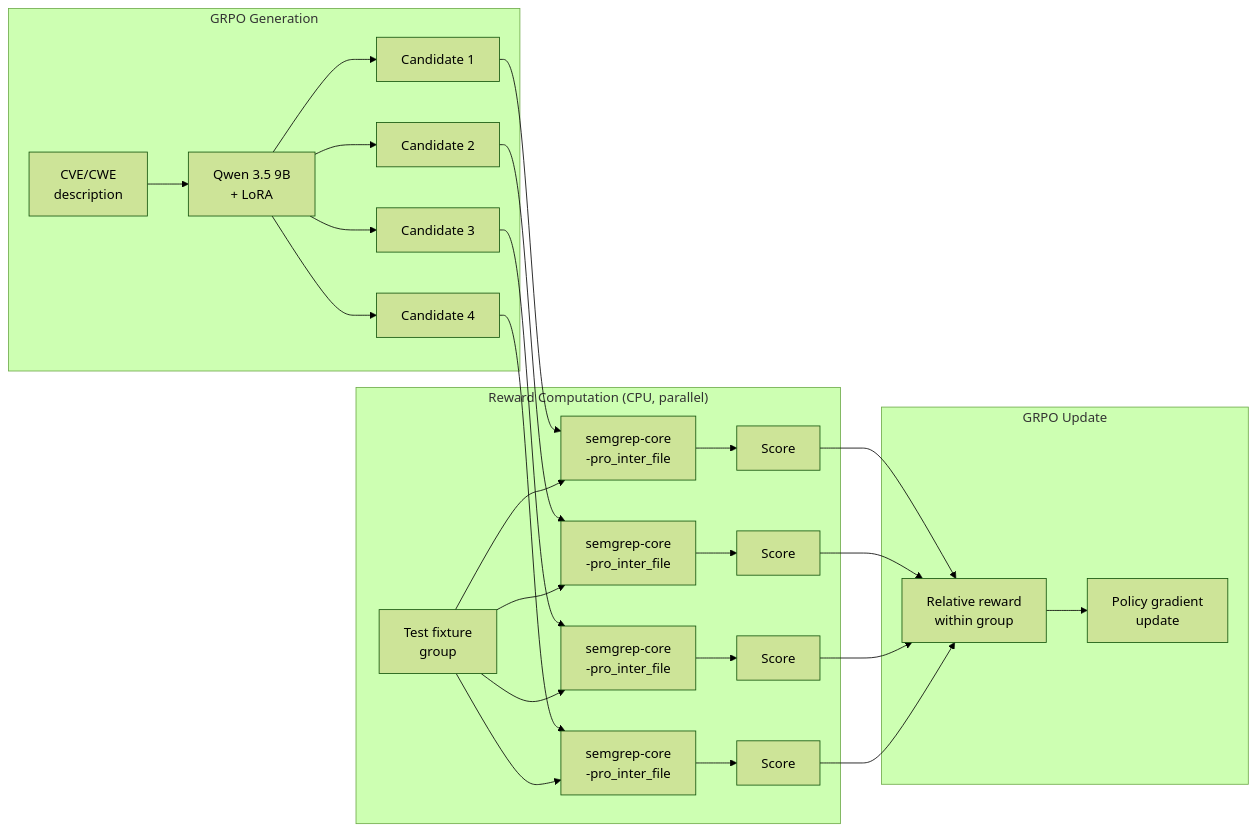
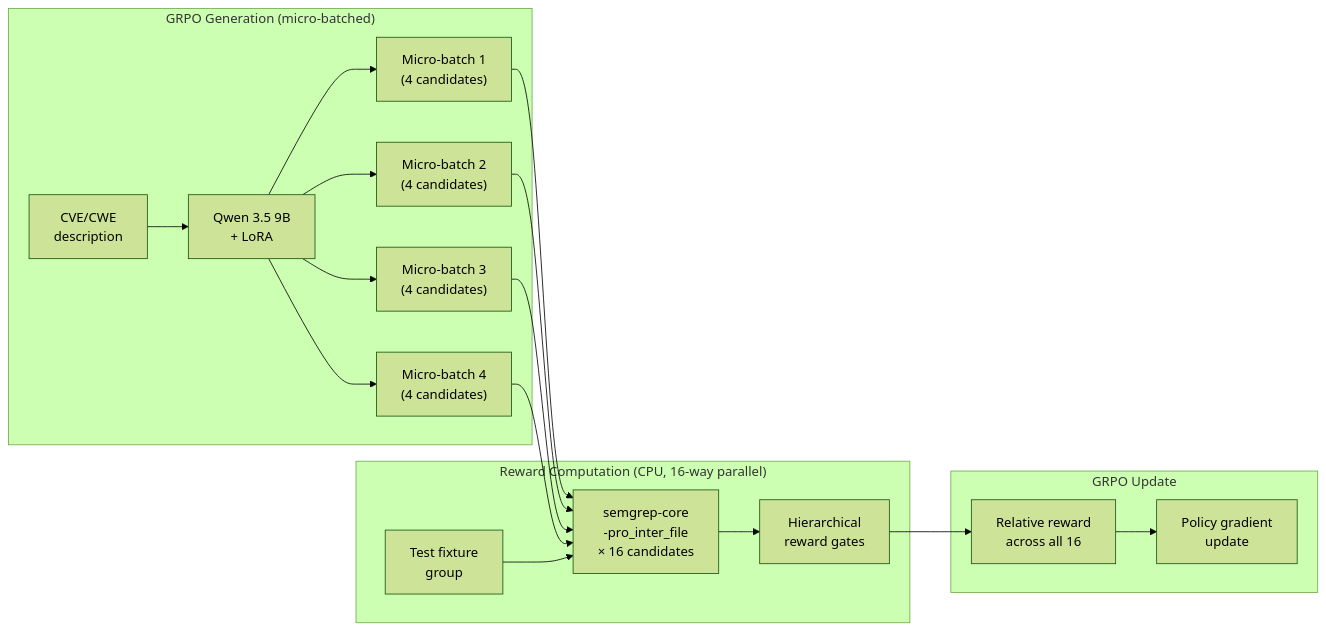
One commit to jomcgi/homelab changed the second of 2 diagrams in docs/decisions/security/002-semgrep-rule-generation-rl.md. Above: the diagram before and after it, drawn with Mermaid (forest theme). The commit also changed other lines of this file, not shown here.

````diff
--- a/docs/decisions/security/002-semgrep-rule-generation-rl.md
+++ b/docs/decisions/security/002-semgrep-rule-generation-rl.md
@@ -261,29 +261,21 @@
 ```mermaid
 graph LR
-    subgraph "GRPO Generation"
+    subgraph "GRPO Generation (micro-batched)"
         PROMPT["CVE/CWE<br/>description"] --> MODEL["Qwen 3.5 9B<br/>+ LoRA"]
-        MODEL --> C1["Candidate 1"]
-        MODEL --> C2["Candidate 2"]
-        MODEL --> C3["Candidate 3"]
-        MODEL --> C4["Candidate 4"]
+        MODEL --> MB1["Micro-batch 1<br/>(4 candidates)"]
+        MODEL --> MB2["Micro-batch 2<br/>(4 candidates)"]
+        MODEL --> MB3["Micro-batch 3<br/>(4 candidates)"]
+        MODEL --> MB4["Micro-batch 4<br/>(4 candidates)"]
     end
 
-    subgraph "Reward Computation (CPU, parallel)"
-        C1 --> E1["semgrep-core<br/>-pro_inter_file"]
-        C2 --> E2["semgrep-core<br/>-pro_inter_file"]
-        C3 --> E3["semgrep-core<br/>-pro_inter_file"]
-        C4 --> E4["semgrep-core<br/>-pro_inter_file"]
-
-        FIXTURES["Test fixture<br/>group"] --> E1 & E2 & E3 & E4
-
-        E1 --> S1["Score"]
-        E2 --> S2["Score"]
-        E3 --> S3["Score"]
-        E4 --> S4["Score"]
+    subgraph "Reward Computation (CPU, 16-way parallel)"
+        MB1 & MB2 & MB3 & MB4 --> EXEC["semgrep-core<br/>-pro_inter_file<br/>× 16 candidates"]
+        FIXTURES["Test fixture<br/>group"] --> EXEC
+        EXEC --> GATE["Hierarchical<br/>reward gates"]
     end
 
     subgraph "GRPO Update"
-        S1 & S2 & S3 & S4 --> REL["Relative reward<br/>within group"]
+        GATE --> REL["Relative reward<br/>across all 16"]
         REL --> GRAD["Policy gradient<br/>update"]
     end
 ```
````
